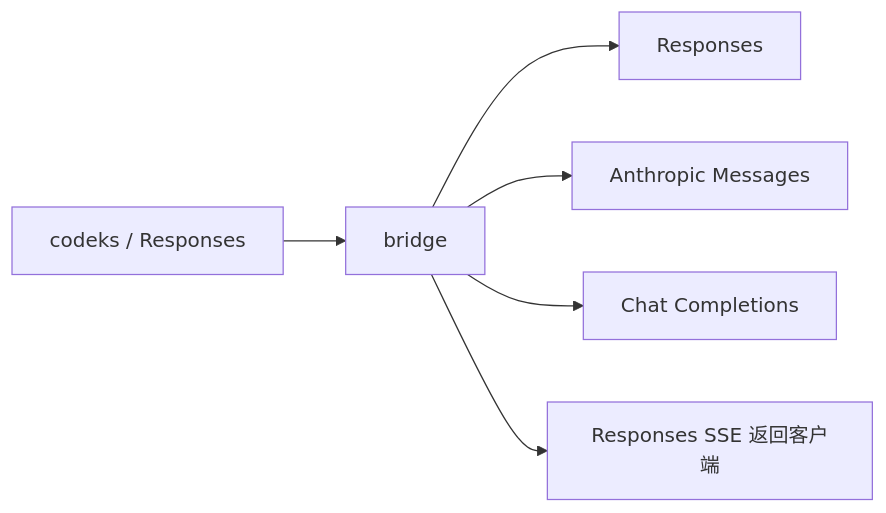
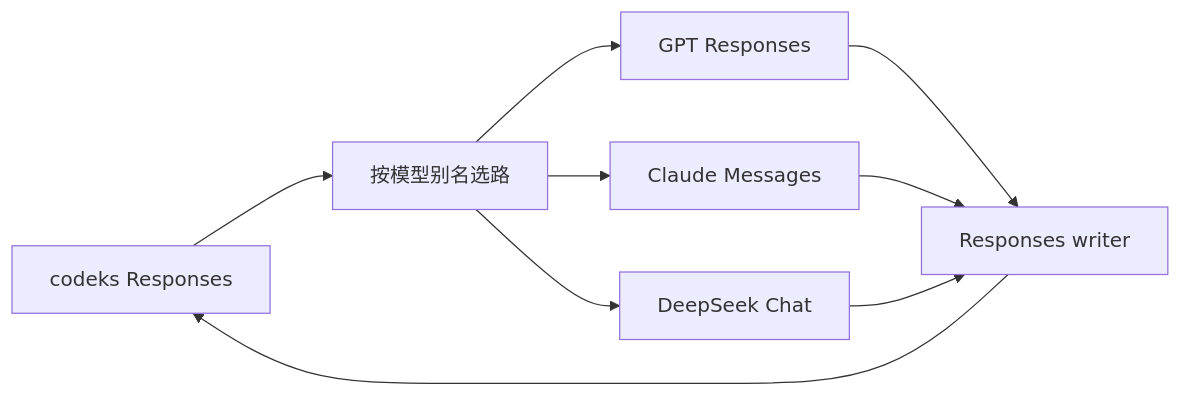
The diagram in docs/design.md (WAcry/codeks-bridge), drawn with Mermaid before and after one commit. The commit also changed other lines of this file and 38 other files, not shown here.

````diff
--- a/docs/design.md
+++ b/docs/design.md
@@ -7,8 +7,11 @@
 ```mermaid
 flowchart LR
-  C[codeks / Responses] --> B[bridge]
-  B --> R[Responses]
-  B --> A[Anthropic Messages]
-  B --> H[Chat Completions]
-  B --> E[Responses SSE 返回客户端]
+  C[codeks Responses] --> R[按模型别名选路]
+  R --> G[GPT Responses]
+  R --> A[Claude Messages]
+  R --> D[DeepSeek Chat]
+  G --> W[Responses writer]
+  A --> W
+  D --> W
+  W --> C
 ```
````
